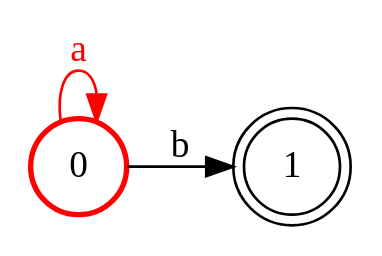
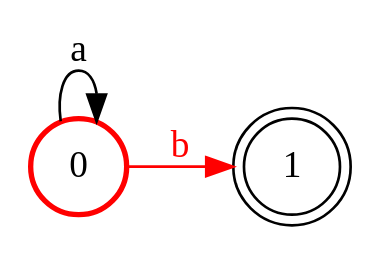
One commit to awni/automata_ml changed the diagram in notebooks/figures/intersect_steps/intersect_step_6_g1.dot. Above: the diagram before and after it, drawn with Graphviz. The commit also changed 32 other files, not shown here.

```diff
--- a/notebooks/figures/intersect_steps/intersect_step_6_g1.dot
+++ b/notebooks/figures/intersect_steps/intersect_step_6_g1.dot
@@ -1,12 +1,12 @@
 digraph FST {
   margin = 0;
   rankdir = LR;
   label = "";
   center = 1;
   ranksep = "0.4";
   nodesep = "0.25";
   0 [label = "0", shape = circle, penwidth = 2.0, fontsize = 14, color = red, height = 0.5, fixedsize = true];
-  0 -> 0 [label = "a", fontsize = 14, color = red, fontcolor = red];
-  0 -> 1 [label = "b", fontsize = 14];
+  0 -> 0 [label = "a", fontsize = 14];
+  0 -> 1 [label = "b", fontsize = 14, color = red, fontcolor = red];
   1 [label = "1", shape = doublecircle, penwidth = 1.0, fontsize = 14, height = 0.5, fixedsize = true];
 }
```
